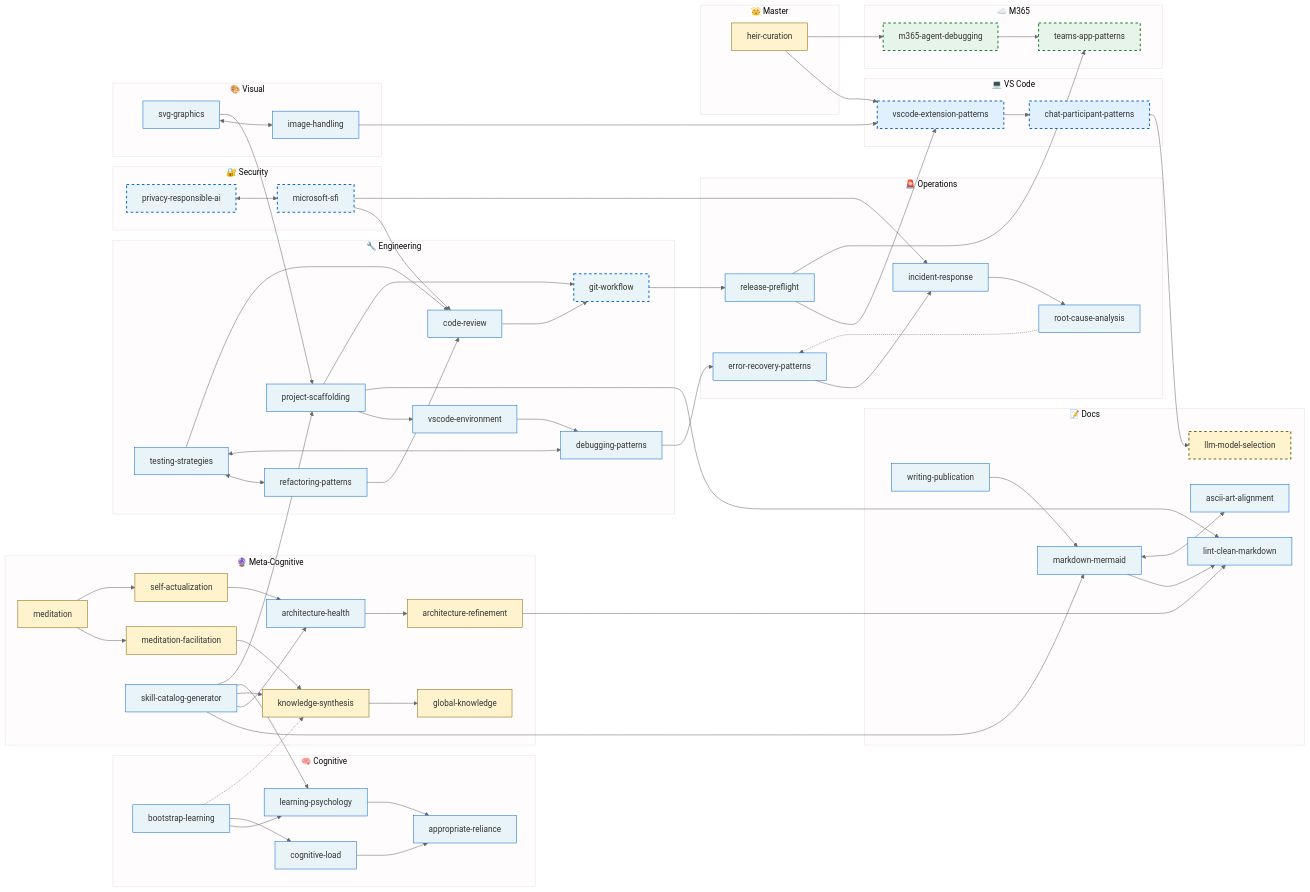
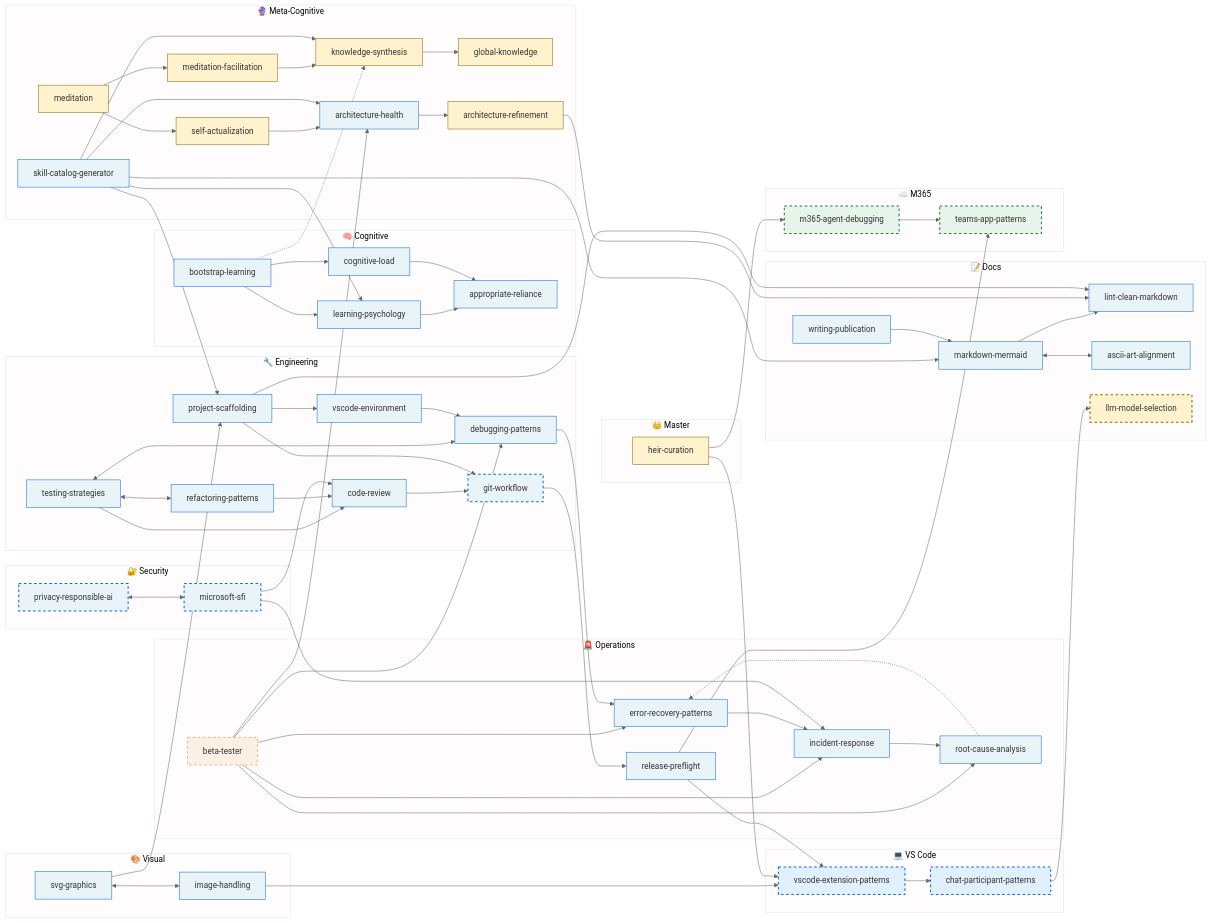
The diagram in alex_docs/SKILLS-CATALOG.md (fabioc-aloha/Alex_Plug_In), drawn with Mermaid before and after one commit. The commit also changed other lines of this file and 2 other files, not shown here.

First line of the commit message:
feat(skills): Add temporary beta-tester skill for testing phase

````diff
--- a/alex_docs/SKILLS-CATALOG.md
+++ b/alex_docs/SKILLS-CATALOG.md
@@ -176,6 +187,7 @@
         RCA[root-cause-analysis]
         IR[incident-response]
         RF[release-preflight]
+        BT[beta-tester]
     end
 
     subgraph Sec["🔐 Security"]
@@ -219,6 +231,9 @@
     MED --> MF --> KS --> GK
     SA --> AH --> ARF
     SCG --> MM & AH & KS & LP & PS
+
+    %% Beta/temporary skill flow
+    BT --> AH & DP & ERP & RCA & IR
     MED --> SA
     BL -.-> KS
 
@@ -263,8 +278,12 @@
     %% Styling - Staleness (dashed border)
     classDef stale stroke-dasharray:5 5,stroke-width:2px
 
+    %% Styling - Temporary (orange dashed)
+    classDef temp fill:#fff0e6,stroke:#d97706,stroke-dasharray:5 5
+
     class HC,MED,SA,ARF,KS,GK,MF,LLM master
     class VEP,CPP vscode
     class MAD,TAP m365
     class VEP,CPP,MAD,TAP,LLM,GW,PRA,SFI stale
+    class BT temp
 ```
````
